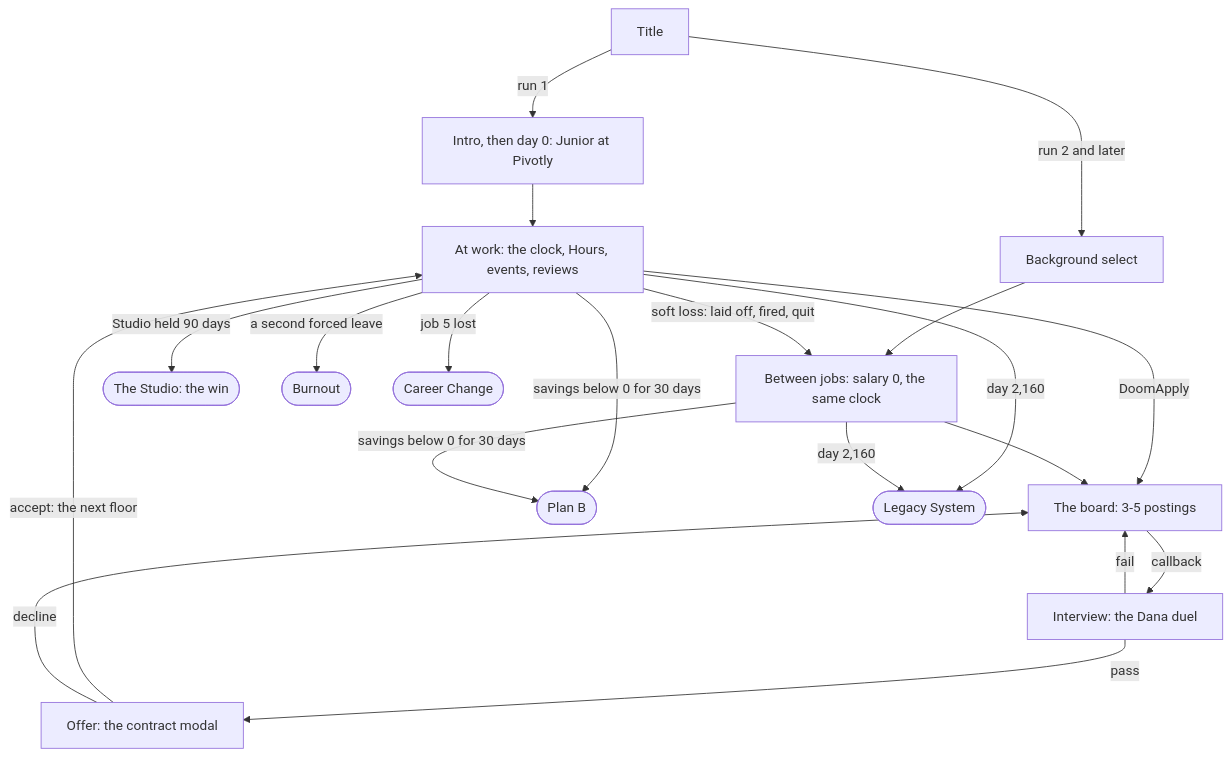
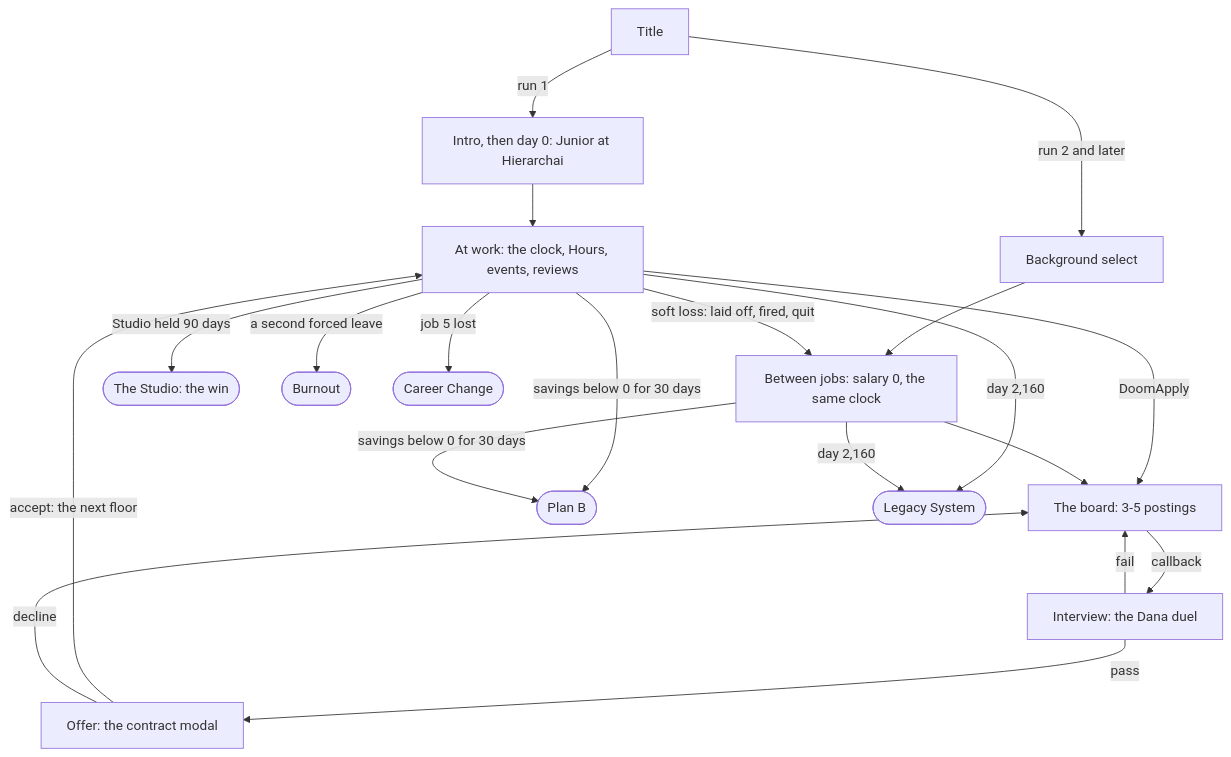
Before and after one commit to Lecoeurdelest/swe-simulator: the first of 3 diagrams in docs/GDD.md, drawn with Mermaid. The commit also changed other lines of this file and 28 other files, not shown here.

````diff
--- a/docs/GDD.md
+++ b/docs/GDD.md
@@ -410,22 +410,22 @@
 ```mermaid
 flowchart TD
-  T[Title] -->|run 1| R1[Intro, then day 0: Junior at Pivotly]
+  T[Title] -->|run 1| R1[Intro, then day 0: Junior at Hierarchai]
   T -->|run 2 and later| BS[Background select]
   BS --> U[Between jobs: salary 0, the same clock]
   R1 --> W[At work: the clock, Hours, events, reviews]
   W -->|DoomApply| BD[The board: 3-5 postings]
   U --> BD
   BD -->|callback| IV[Interview: the Dana duel]
   IV -->|pass| OF[Offer: the contract modal]
   IV -->|fail| BD
   OF -->|accept: the next floor| W
   OF -->|decline| BD
   W -->|soft loss: laid off, fired, quit| U
   W -->|Studio held 90 days| WIN([The Studio: the win])
   W -->|savings below 0 for 30 days| PB([Plan B])
   U -->|savings below 0 for 30 days| PB
   W -->|a second forced leave| BO([Burnout])
   W -->|job 5 lost| CC([Career Change])
   W -->|day 2,160| LS([Legacy System])
   U -->|day 2,160| LS
 ```
````
